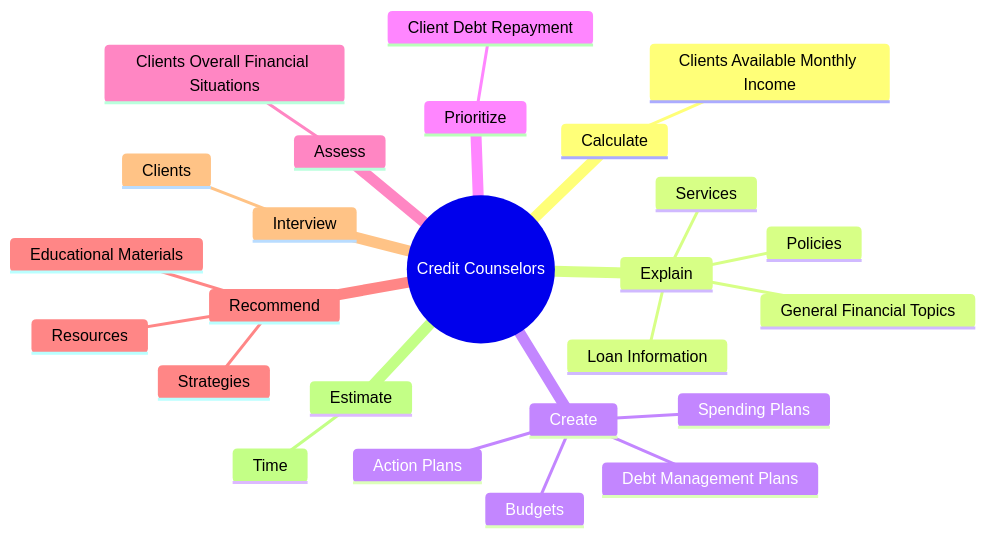
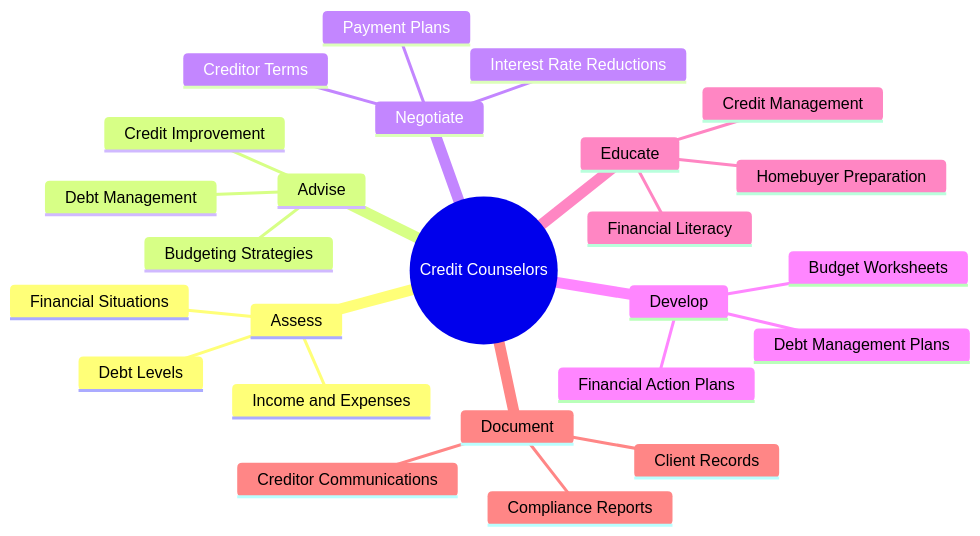
Before and after one commit to kziemski/business.org.ai: the second of 4 diagrams in occupations/Business/CreditCounselors.mdx, drawn with Mermaid. The commit also changed other lines of this file and 938 other files, not shown here.

````diff
--- a/occupations/Business/CreditCounselors.mdx
+++ b/occupations/Business/CreditCounselors.mdx
@@ -37,28 +48,28 @@
 ```mermaid
 mindmap
     root(("Credit Counselors"))
-        Calculate
-            Clients Available Monthly Income
-        Explain
-            Services
-            Policies
-            General Financial Topics
-            Loan Information
-        Create
+        Assess
+            Financial Situations
+            Debt Levels
+            Income and Expenses
+        Advise
+            Budgeting Strategies
+            Debt Management
+            Credit Improvement
+        Negotiate
+            Creditor Terms
+            Interest Rate Reductions
+            Payment Plans
+        Develop
             Debt Management Plans
-            Spending Plans
-            Budgets
-            Action Plans
-        Prioritize
-            Client Debt Repayment
-        Assess
-            Clients Overall Financial Situations
-        Recommend
-            Strategies
-            Educational Materials
-            Resources
-        Interview
-            Clients
-        Estimate
-            Time
+            Financial Action Plans
+            Budget Worksheets
+        Educate
+            Financial Literacy
+            Credit Management
+            Homebuyer Preparation
+        Document
+            Client Records
+            Creditor Communications
+            Compliance Reports
 ```
````
